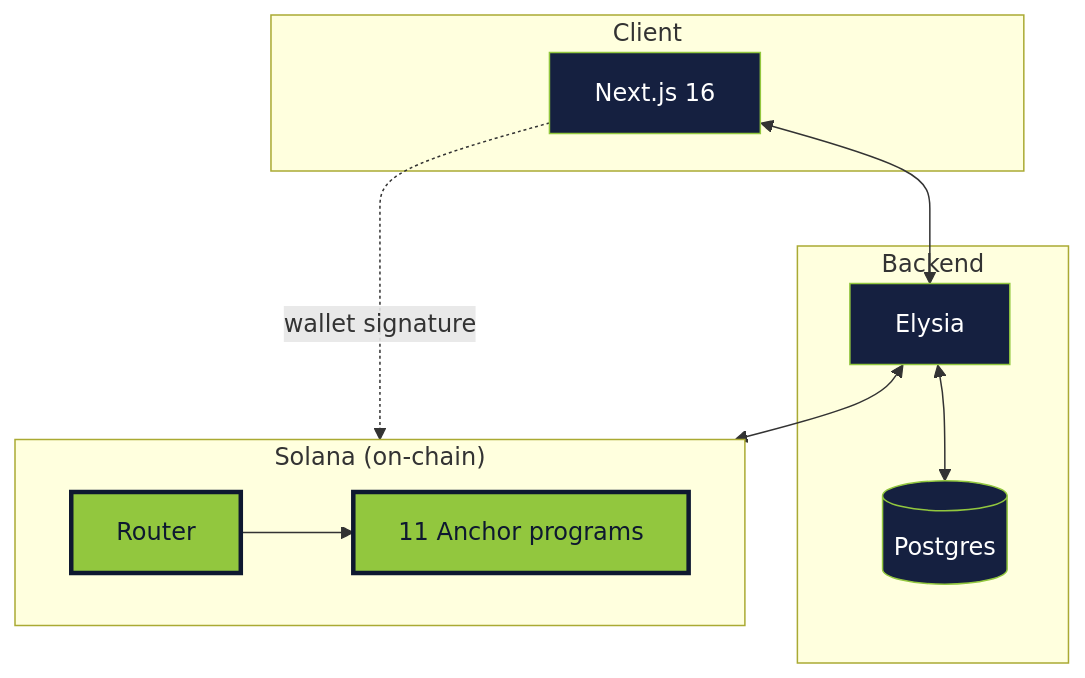
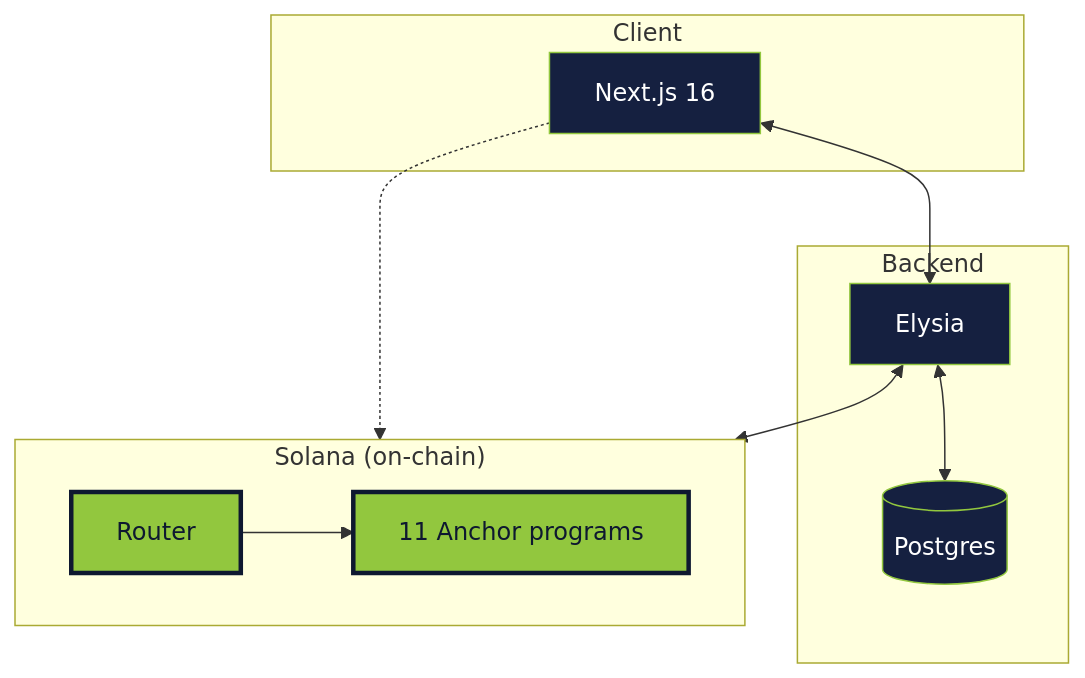
Before and after one commit to In-Da-Hack-Decentrathon/presentation: diagram 13 of 44 in slides-en.md, drawn with Mermaid. The commit also changed other lines of this file and 1 other file, not shown here.

````diff
--- a/slides-en.md
+++ b/slides-en.md
@@ -1689,24 +1689,24 @@
 ```mermaid {scale: 0.5}
 flowchart TB
   subgraph Client ["Client"]
     Web[Next.js 16]
   end
   subgraph Backend ["Backend"]
     API[Elysia]
     DB[(Postgres)]
   end
   subgraph Solana ["Solana (on-chain)"]
     direction LR
     R[Router]
     Prog[11 Anchor programs]
     R --> Prog
   end
   Web <--> API
   API <--> DB
   API <--> R
-  Web -.wallet signature.-> Prog
+  Web -.-> Prog
   classDef old fill:#152040,stroke:#92c73e,color:#ffffff
   classDef new fill:#92c73e,stroke:#0e1830,color:#0e1830,stroke-width:3px
   class Web,API,DB old
   class R,Prog new
 ```
````
